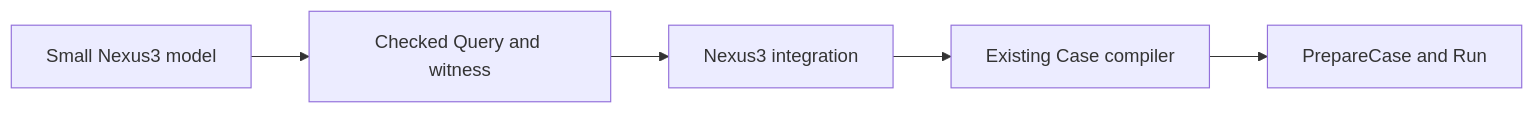
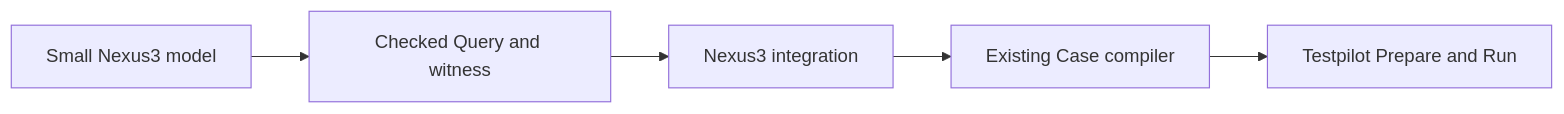
The diagram in .flow/specs/fn-68-minimal-nexus3-success-demonstration.md (stephanos/temporal), drawn with Mermaid before and after one commit. The commit also changed other lines of this file and 321 other files, not shown here.

````diff
--- a/.flow/specs/fn-68-minimal-nexus3-success-demonstration.md
+++ b/.flow/specs/fn-68-minimal-nexus3-success-demonstration.md
@@ -17,7 +17,7 @@
 ```mermaid
 flowchart LR
   N[Small Nexus3 model] --> Q[Checked Query and witness]
   Q --> I[Nexus3 integration]
   I --> C[Existing Case compiler]
-  C --> R[PrepareCase and Run]
+  C --> R[Testpilot Prepare and Run]
 ```
````
